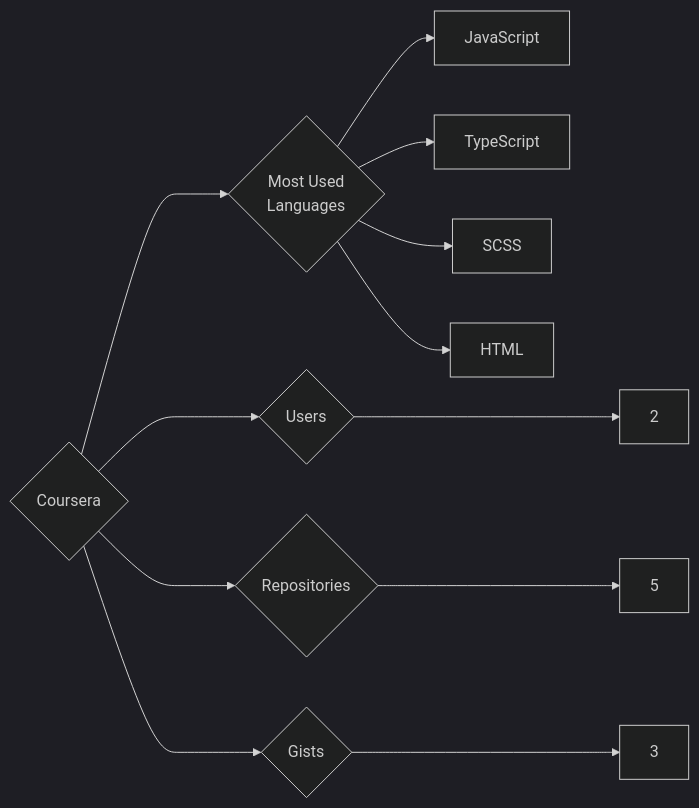
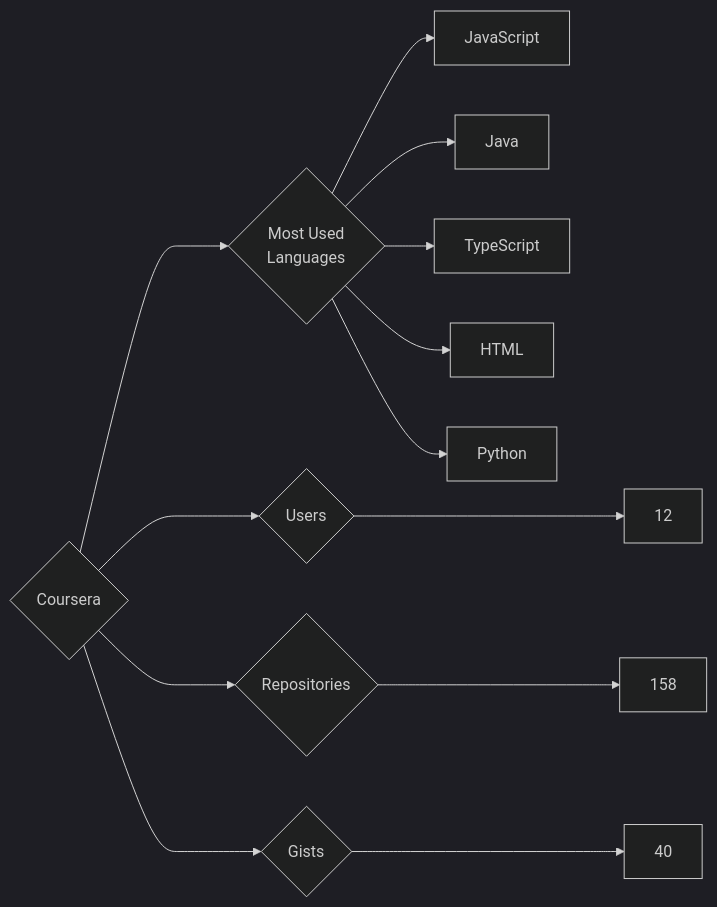
The diagram in targets/Coursera/README.md (trickest/insiders), drawn with Mermaid (dark theme) before and after one commit. The commit also changed 900 other files, not shown here.

````diff
--- a/targets/Coursera/README.md
+++ b/targets/Coursera/README.md
@@ -3,12 +3,13 @@
 ```mermaid
 graph LR
 COMPANY_NAME{Coursera}
-COMPANY_NAME ---> U{Users} ---> UN[2]
-COMPANY_NAME ---> R{Repositories} ---> RN[5]
-COMPANY_NAME ---> G{Gists} ---> GN[3]
+COMPANY_NAME ---> U{Users} ---> UN[12]
+COMPANY_NAME ---> R{Repositories} ---> RN[158]
+COMPANY_NAME ---> G{Gists} ---> GN[40]
 COMPANY_NAME ---> ML{Most Used<br>Languages}
 ML --> JavaScript[JavaScript]
+ML --> Java[Java]
 ML --> TypeScript[TypeScript]
-ML --> SCSS[SCSS]
 ML --> HTML[HTML]
+ML --> Python[Python]
 ```
````
